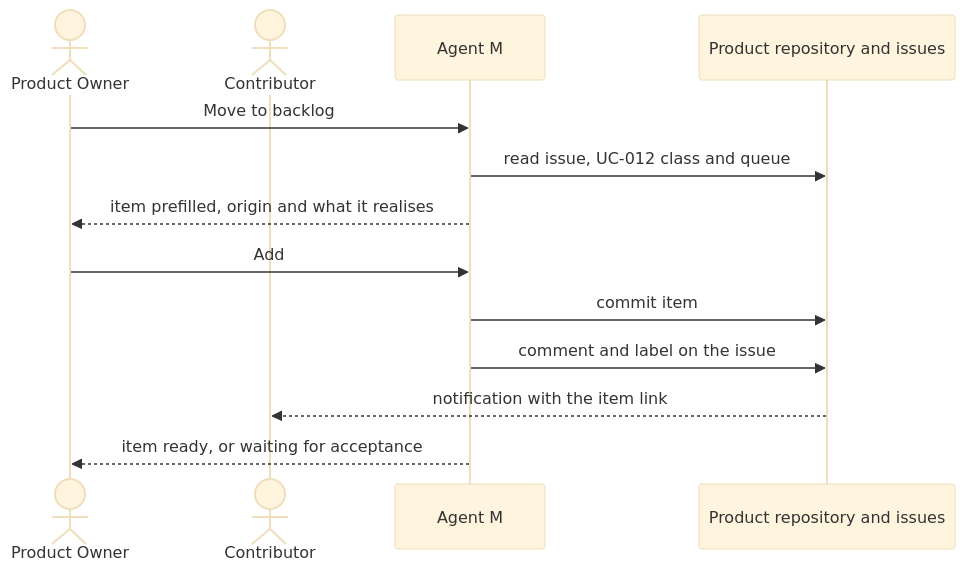
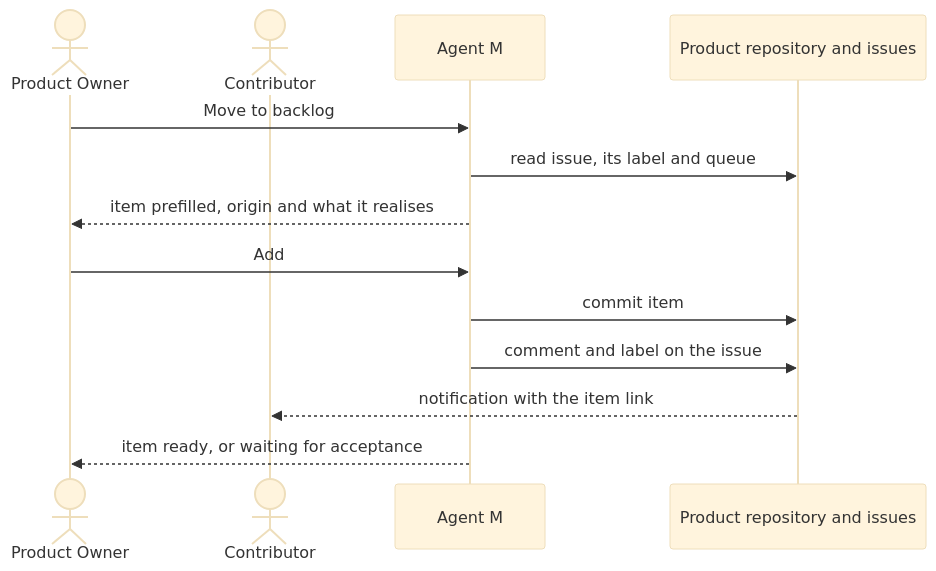
The diagram in docs/use-cases/UC-033-move-an-issue-into-the-backlog.md (akmaier/agent-m), drawn with Mermaid (base theme) before and after one commit. The commit also changed other lines of this file, not shown here.

First line of the commit message:
DRAFT for akmaier's acceptance: UC-033 — the issue's class is its label defect or change; no dependence on UC-012's analysis

````diff
--- a/docs/use-cases/UC-033-move-an-issue-into-the-backlog.md
+++ b/docs/use-cases/UC-033-move-an-issue-into-the-backlog.md
@@ -69,15 +69,15 @@
 ```mermaid
 sequenceDiagram
     actor O as Product Owner
     actor C as Contributor
     participant M as Agent M
     participant G as Product repository and issues
     O->>M: Move to backlog
-    M->>G: read issue, UC-012 class and queue
+    M->>G: read issue, its label and queue
     M-->>O: item prefilled, origin and what it realises
     O->>M: Add
     M->>G: commit item
     M->>G: comment and label on the issue
     G-->>C: notification with the item link
     M-->>O: item ready, or waiting for acceptance
 ```
````
